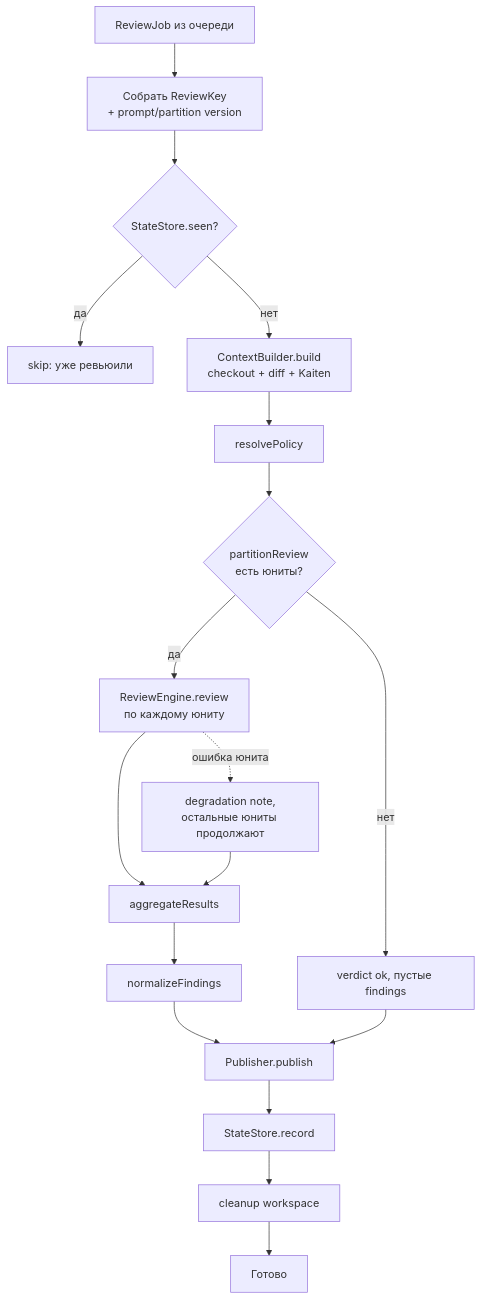
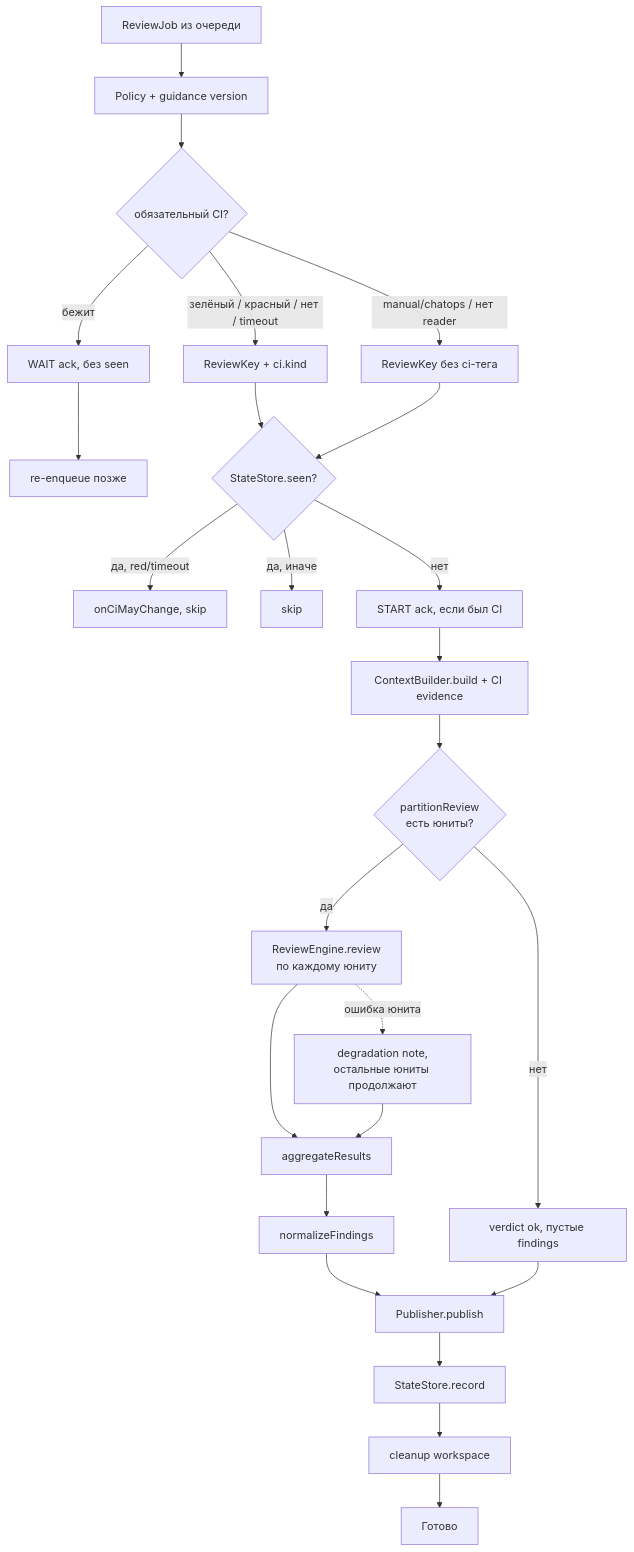
One commit to KoninMikhail/mira-gitlab-review-assistant changed the first of 3 diagrams in docs/04-architecture/review-pipeline.md. Above: the diagram before and after it, drawn with Mermaid. The commit also changed other lines of this file and 37 other files, not shown here.

````diff
--- a/docs/04-architecture/review-pipeline.md
+++ b/docs/04-architecture/review-pipeline.md
@@ -14,20 +14,27 @@
 ```mermaid
 flowchart TD
-    S[ReviewJob из очереди] --> K[Собрать ReviewKey<br/>+ prompt/partition version]
-    K --> P1{StateStore.seen?}
-    P1 -->|да| END0[skip: уже ревьюили]
-    P1 -->|нет| P3[ContextBuilder.build<br/>checkout + diff + Kaiten]
-    P3 --> P0[resolvePolicy]
-    P0 --> PP{partitionReview<br/>есть юниты?}
+    S[ReviewJob из очереди] --> POL[Policy + guidance version]
+    POL --> CI{обязательный CI?}
+    CI -->|бежит| ACKW[WAIT ack, без seen]
+    ACKW --> RQ[re-enqueue позже]
+    CI -->|зелёный / красный / нет / timeout| KEY["ReviewKey + ci.kind"]
+    CI -->|manual/chatops / нет reader| KEY2[ReviewKey без ci-тега]
+    KEY --> P1{StateStore.seen?}
+    KEY2 --> P1
+    P1 -->|да, red/timeout| REL[onCiMayChange, skip]
+    P1 -->|да, иначе| END0[skip]
+    P1 -->|нет| ACKS[START ack, если был CI]
+    ACKS --> P3[ContextBuilder.build + CI evidence]
+    P3 --> PP{partitionReview<br/>есть юниты?}
     PP -->|нет| EMPTY[verdict ok, пустые findings]
     PP -->|да| P5[ReviewEngine.review<br/>по каждому юниту]
     P5 --> AG[aggregateResults]
     AG --> P6[normalizeFindings]
     P6 --> P8[Publisher.publish]
     P8 --> P9[StateStore.record]
     EMPTY --> P8
     P9 --> P10[cleanup workspace]
     P10 --> END2[Готово]
     P5 -. ошибка юнита .-> DEG[degradation note,<br/>остальные юниты продолжают]
     DEG --> AG
 ```
````
